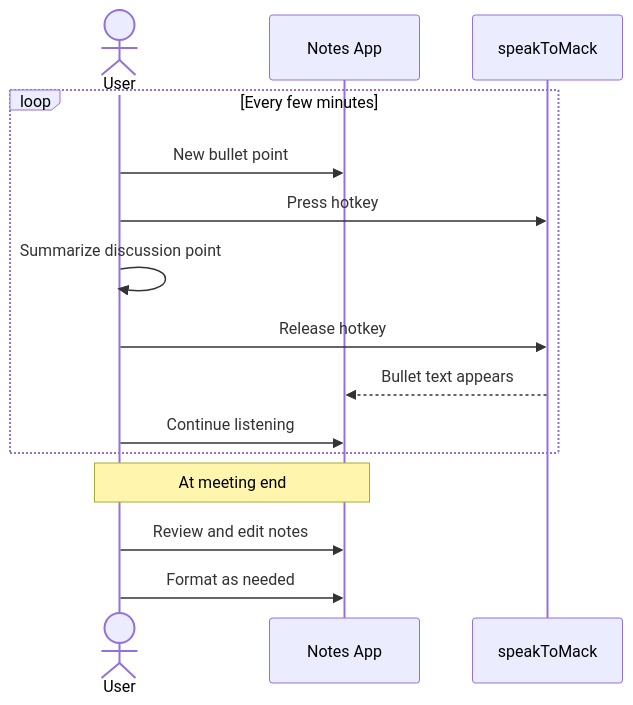
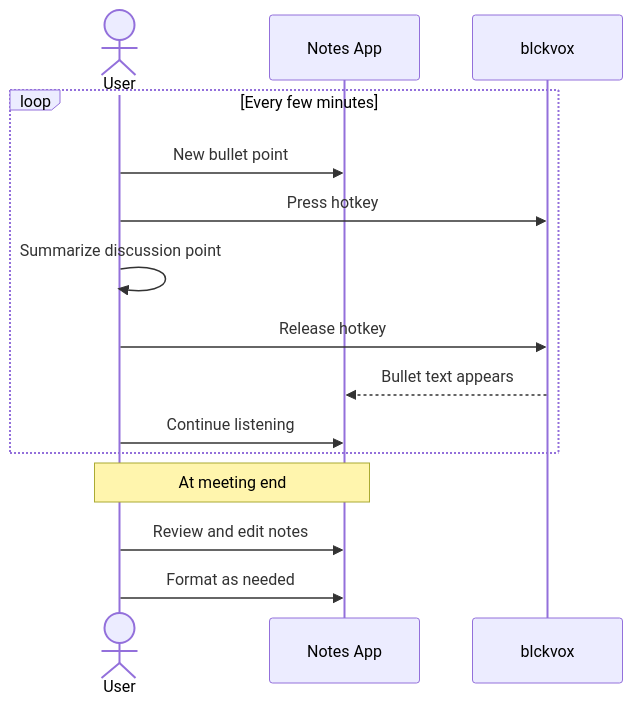
Before and after one commit to phillippitts/speakToMack: the eighth of 14 diagrams in docs/diagrams/user-journey.md, drawn with Mermaid. The commit also changed other lines of this file and 482 other files, not shown here.

````diff
--- a/docs/diagrams/user-journey.md
+++ b/docs/diagrams/user-journey.md
@@ -218,19 +218,19 @@
 ```mermaid
 sequenceDiagram
     actor User
     participant Notes as Notes App
-    participant STM as speakToMack
+    participant STM as blckvox
 
     loop Every few minutes
         User->>Notes: New bullet point
         User->>STM: Press hotkey
         User->>User: Summarize discussion point
         User->>STM: Release hotkey
         STM-->>Notes: Bullet text appears
         User->>Notes: Continue listening
     end
 
     Note over User,Notes: At meeting end
     User->>Notes: Review and edit notes
     User->>Notes: Format as needed
 ```
````
